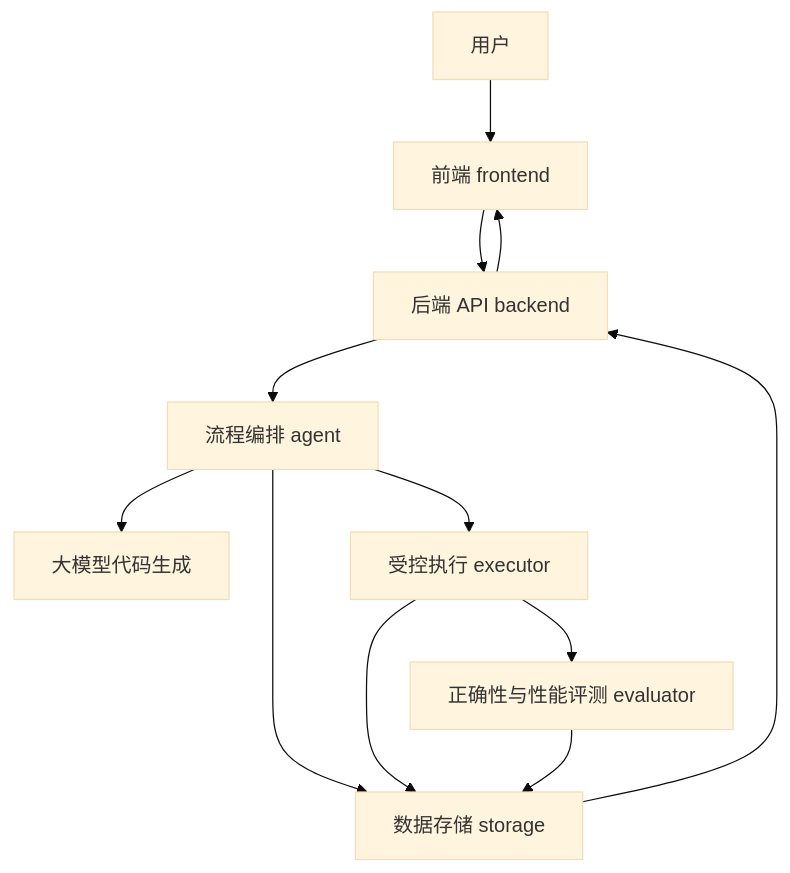
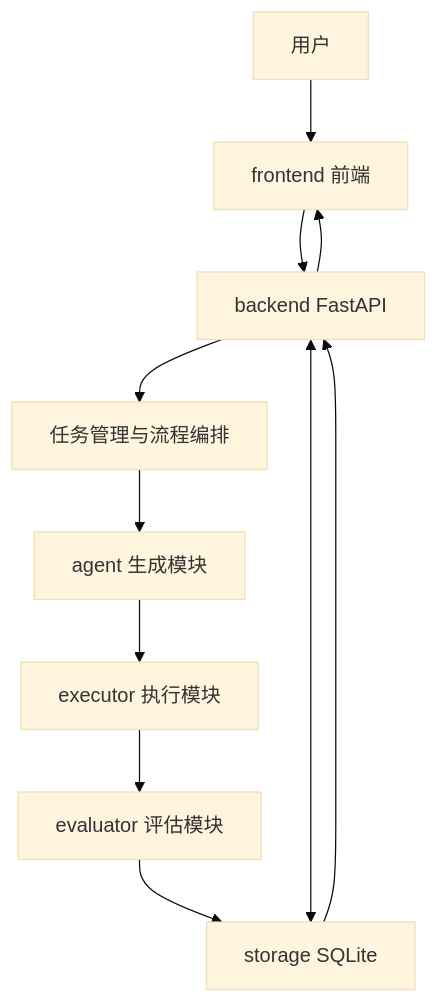
Before and after one commit to l6v6/kernel-agent-platform: the diagram in docs/architecture.md, drawn with Mermaid (base theme). The commit also changed other lines of this file and 5 other files, not shown here.

````diff
--- a/docs/architecture.md
+++ b/docs/architecture.md
@@ -15,14 +8,13 @@
 ```mermaid
 flowchart TD
-    U[用户] --> F[前端 frontend]
-    F --> B[后端 API backend]
-    B --> W[流程编排 agent]
-    W --> G[大模型代码生成]
-    W --> E[受控执行 executor]
-    E --> V[正确性与性能评测 evaluator]
-    W --> S[数据存储 storage]
-    E --> S
-    V --> S
-    S --> B
-    B --> F
+ U[用户] --> FE[frontend 前端]
+ FE --> API[backend FastAPI]
+ API --> TM[任务管理与流程编排]
+ TM --> AG[agent 生成模块]
+ AG --> EX[executor 执行模块]
+ EX --> EV[evaluator 评估模块]
+ EV --> DB[storage SQLite]
+ API <--> DB
+ DB --> API
+ API --> FE
 ```
````
